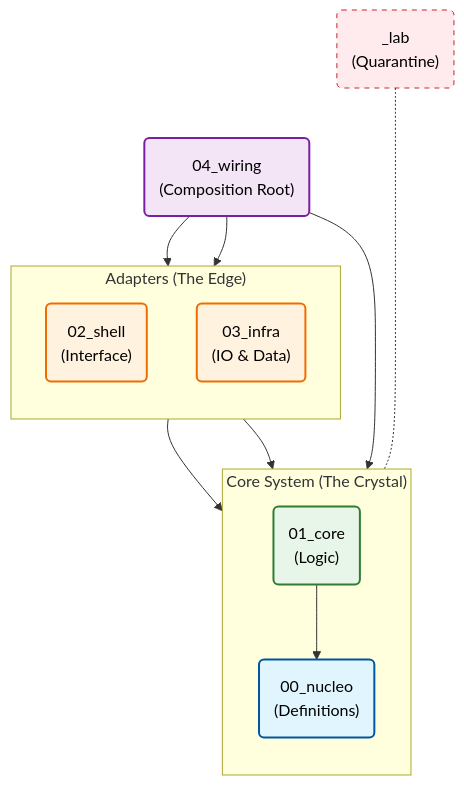
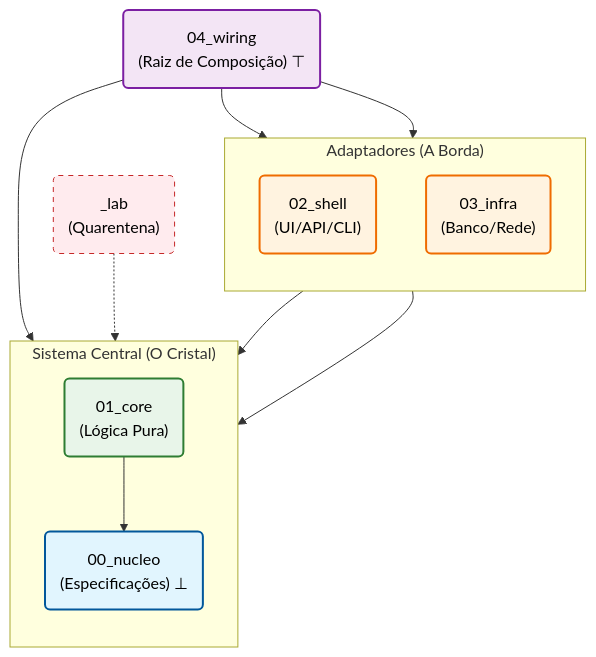
The diagram in README.pt.md (Dikluwe/Tekt), drawn with Mermaid before and after one commit. The commit also changed other lines of this file and 3 other files, not shown here.

````diff
--- a/README.pt.md
+++ b/README.pt.md
@@ -66,40 +160,39 @@
 ```mermaid
 graph TD
-    %% Definição dos Nós
-    subgraph Crystal ["Core System (The Crystal)"]
+    subgraph Crystal ["Sistema Central (O Cristal)"]
         direction TB
-        N("00_nucleo<br>(Definitions)")
-        C("01_core<br>(Logic)")
+        N("00_nucleo<br>(Especificações) ⊥")
+        C("01_core<br>(Lógica Pura)")
     end
 
-    subgraph Adapters ["Adapters (The Edge)"]
+    subgraph Adapters ["Adaptadores (A Borda)"]
         direction TB
-        S("02_shell<br>(Interface)")
-        I("03_infra<br>(IO & Data)")
+        S("02_shell<br>(UI/API/CLI)")
+        I("03_infra<br>(Banco/Rede)")
     end
 
-    W("04_wiring<br>(Composition Root)")
-    L("_lab<br>(Quarantine)")
+    W("04_wiring<br>(Raiz de Composição) ⊤")
+    L("_lab<br>(Quarentena)")
 
-    %% RELAÇÕES
+    %% Dependências (setas apontam para o que é dependido)
     C --> N
     S --> C
     I --> C
     W --> S
     W --> I
     W --> C
-    L -...- N
+    L -.-> N
     
-    %% ESTILOS
+    %% Estilos
     classDef nucleus fill:#e1f5fe,stroke:#01579b,stroke-width:2px,color:black;
     classDef core fill:#e8f5e9,stroke:#2e7d32,stroke-width:2px,color:black;
     classDef adapters fill:#fff3e0,stroke:#ef6c00,stroke-width:2px,color:black;
     classDef wiring fill:#f3e5f5,stroke:#7b1fa2,stroke-width:2px,color:black;
     classDef lab fill:#ffebee,stroke:#c62828,stroke-dasharray: 5 5,color:black;
 
     class N nucleus;
     class C core;
     class S,I adapters;
     class W wiring;
     class L lab;
 ```
````
